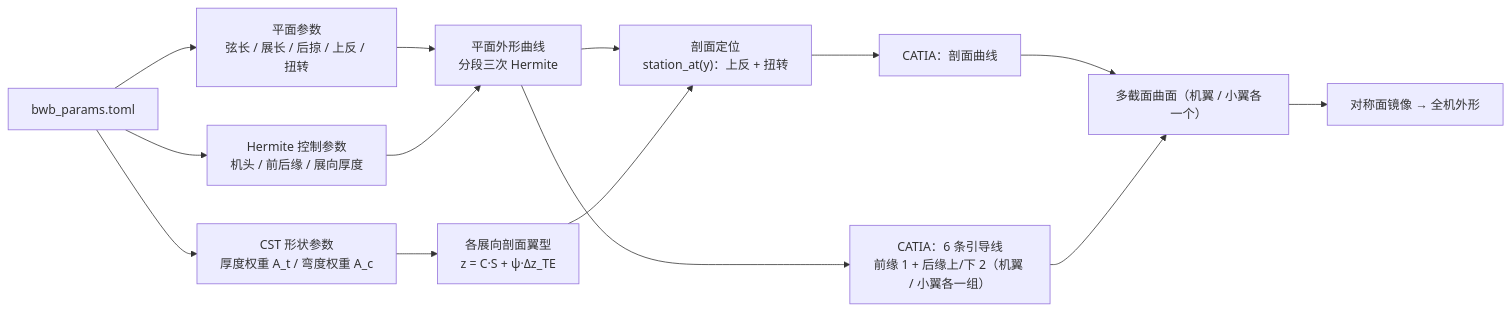
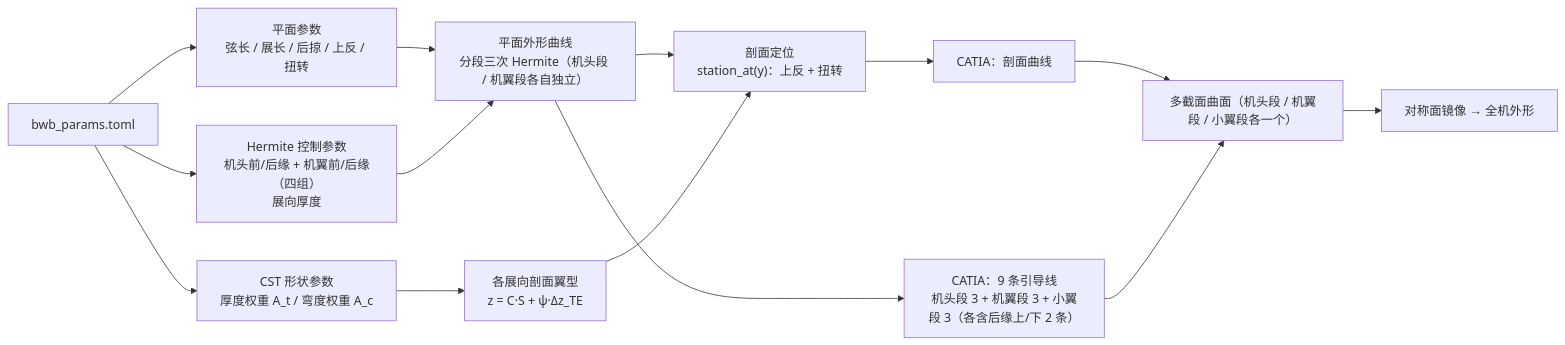
The diagram in README.md (supersdd114514/parametered-BWB), drawn with Mermaid before and after one commit. The commit also changed other lines of this file and 3 other files, not shown here.

````diff
--- a/README.md
+++ b/README.md
@@ -51,16 +52,16 @@
 ```mermaid
 flowchart LR
     A["bwb_params.toml"] --> B["平面参数<br/>弦长 / 展长 / 后掠 / 上反 / 扭转"]
     A --> C["CST 形状参数<br/>厚度权重 A_t / 弯度权重 A_c"]
-    A --> D["Hermite 控制参数<br/>机头 / 前后缘 / 展向厚度"]
-    B --> E["平面外形曲线<br/>分段三次 Hermite"]
+    A --> D["Hermite 控制参数<br/>机头前/后缘 + 机翼前/后缘（四组）<br/>展向厚度"]
+    B --> E["平面外形曲线<br/>分段三次 Hermite（机头段 / 机翼段各自独立）"]
     D --> E
     C --> F["各展向剖面翼型<br/>z = C·S + ψ·Δz_TE"]
     E --> G["剖面定位<br/>station_at(y)：上反 + 扭转"]
     F --> G
     G --> H["CATIA：剖面曲线"]
-    E --> I["CATIA：6 条引导线<br/>前缘 1 + 后缘上/下 2（机翼 / 小翼各一组）"]
-    H --> J["多截面曲面（机翼 / 小翼各一个）"]
+    E --> I["CATIA：9 条引导线<br/>机头段 3 + 机翼段 3 + 小翼段 3（各含后缘上/下 2 条）"]
+    H --> J["多截面曲面（机头段 / 机翼段 / 小翼段各一个）"]
     I --> J
     J --> K["对称面镜像 → 全机外形"]
 ```
````
